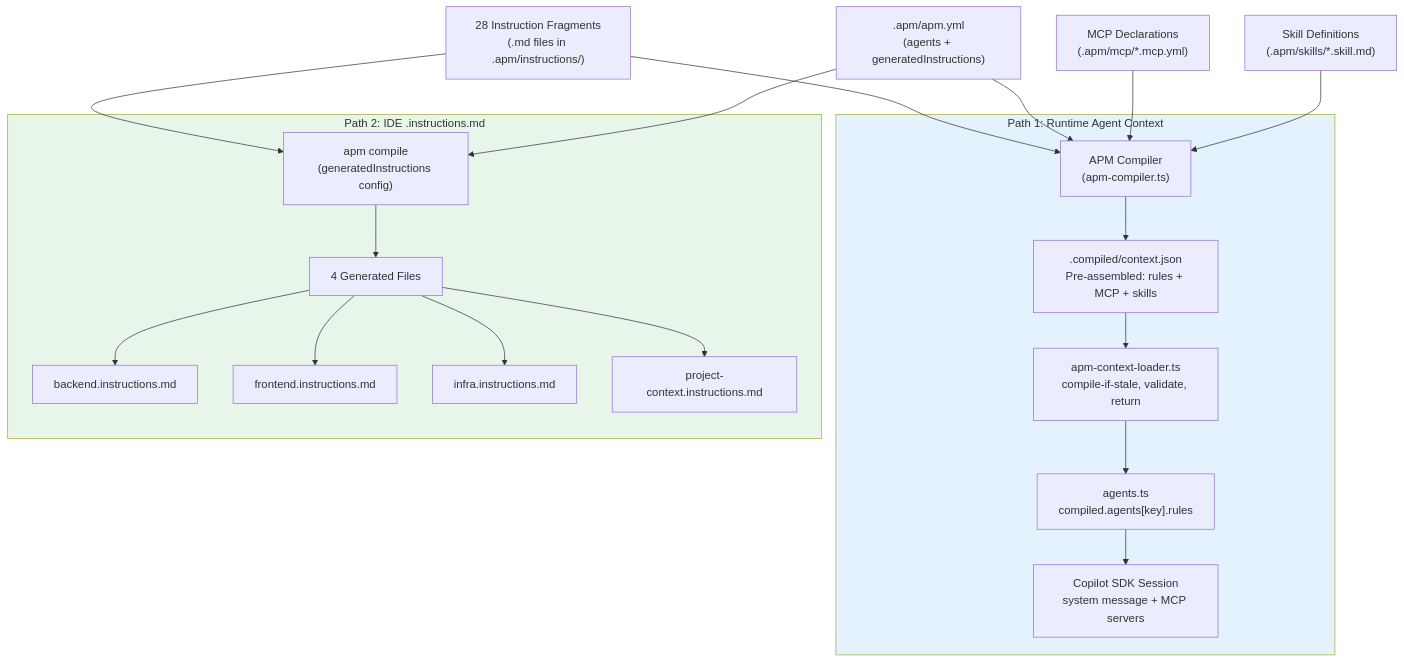
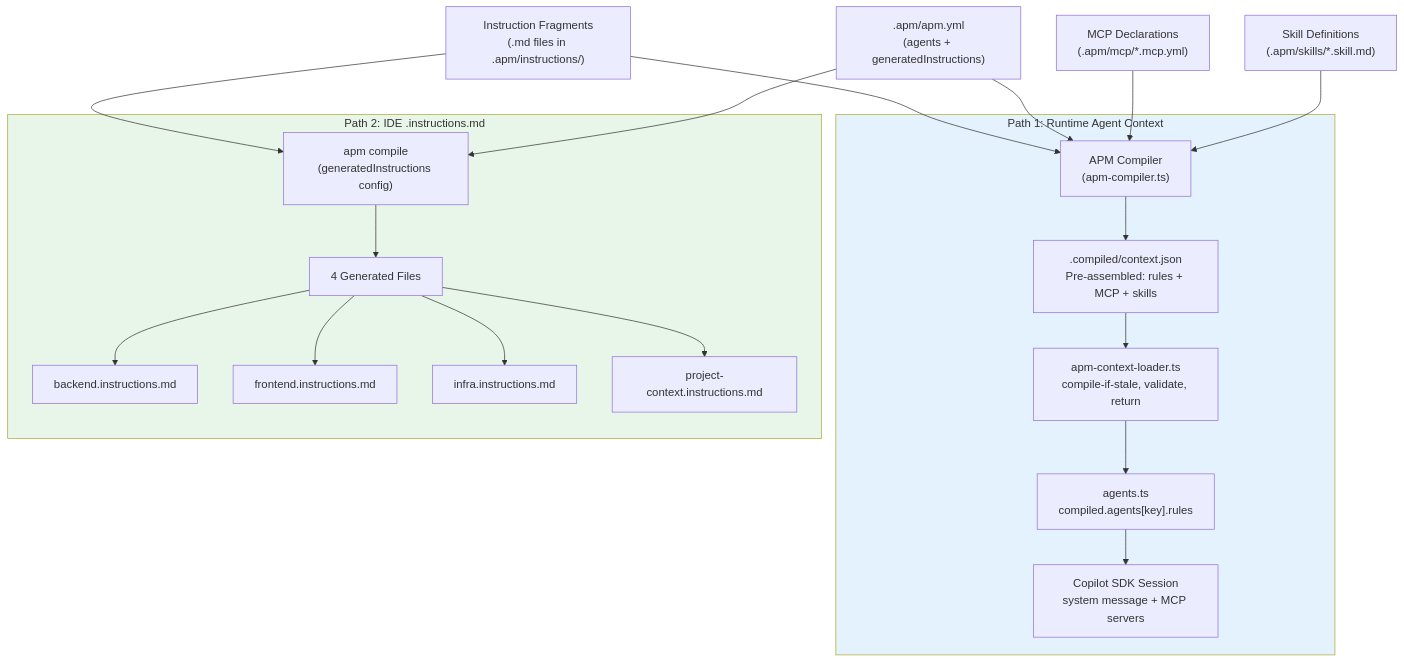
The fifth of 6 diagrams in tools/autonomous-factory/docs/03-apm-context.md (RomanKaliupinMelonusa/DAGent-t), drawn with Mermaid before and after one commit. The commit also changed other lines of this file and 10 other files, not shown here.

````diff
--- a/tools/autonomous-factory/docs/03-apm-context.md
+++ b/tools/autonomous-factory/docs/03-apm-context.md
@@ -357,35 +347,35 @@
 ```mermaid
 flowchart TD
-    RULES["28 Instruction Fragments\n(.md files in .apm/instructions/)"]
+    RULES["Instruction Fragments\n(.md files in .apm/instructions/)"]
     MANIFEST[".apm/apm.yml\n(agents + generatedInstructions)"]
     MCPS["MCP Declarations\n(.apm/mcp/*.mcp.yml)"]
     SKILLS["Skill Definitions\n(.apm/skills/*.skill.md)"]
 
     subgraph PATH1["Path 1: Runtime Agent Context"]
         APM["APM Compiler\n(apm-compiler.ts)"]
         COMPILED[".compiled/context.json\nPre-assembled: rules + MCP + skills"]
         LOADER["apm-context-loader.ts\ncompile-if-stale, validate, return"]
         AGENTS["agents.ts\ncompiled.agents[key].rules"]
         SESSION["Copilot SDK Session\nsystem message + MCP servers"]
     end
 
     subgraph PATH2["Path 2: IDE .instructions.md"]
         GEN["apm compile\n(generatedInstructions config)"]
         FILES["4 Generated Files"]
         B_INST["backend.instructions.md"]
         F_INST["frontend.instructions.md"]
         I_INST["infra.instructions.md"]
         P_INST["project-context.instructions.md"]
         FILES --> B_INST & F_INST & I_INST & P_INST
     end
 
     RULES --> APM & GEN
     MANIFEST --> APM & GEN
     MCPS --> APM
     SKILLS --> APM
     APM --> COMPILED --> LOADER --> AGENTS --> SESSION
     GEN --> FILES
 
     style PATH1 fill:#e3f2fd
     style PATH2 fill:#e8f5e9
 ```
````
